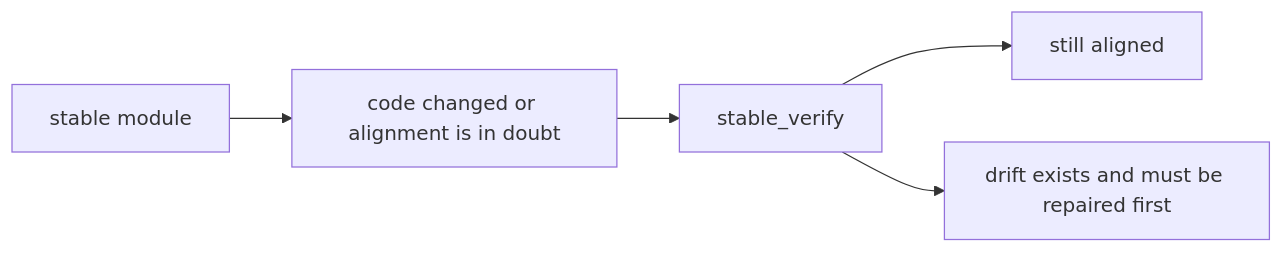
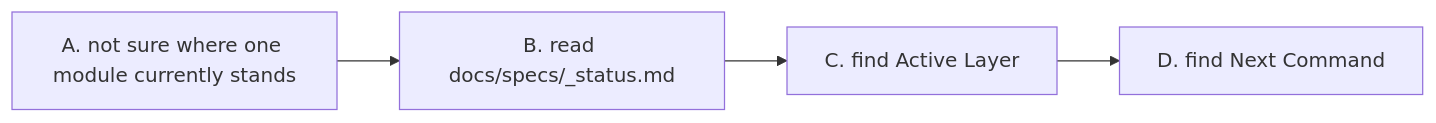
Before and after one commit to mfblog/specflow: the fifth of 7 diagrams in README.md, drawn with Mermaid. The commit also changed other lines of this file and 1 other file, not shown here.

````diff
--- a/README.md
+++ b/README.md
@@ -517,7 +440,6 @@
 ```mermaid
 flowchart LR
-    A["stable module"] --> B["code changed or alignment is in doubt"]
-    B --> C["stable_verify"]
-    C --> D["still aligned"]
-    C --> E["drift exists and must be repaired first"]
+    A["A. not sure where one module currently stands"] --> B["B. read docs/specs/_status.md"]
+    B --> C["C. find Active Layer"]
+    C --> D["D. find Next Command"]
 ```
````
